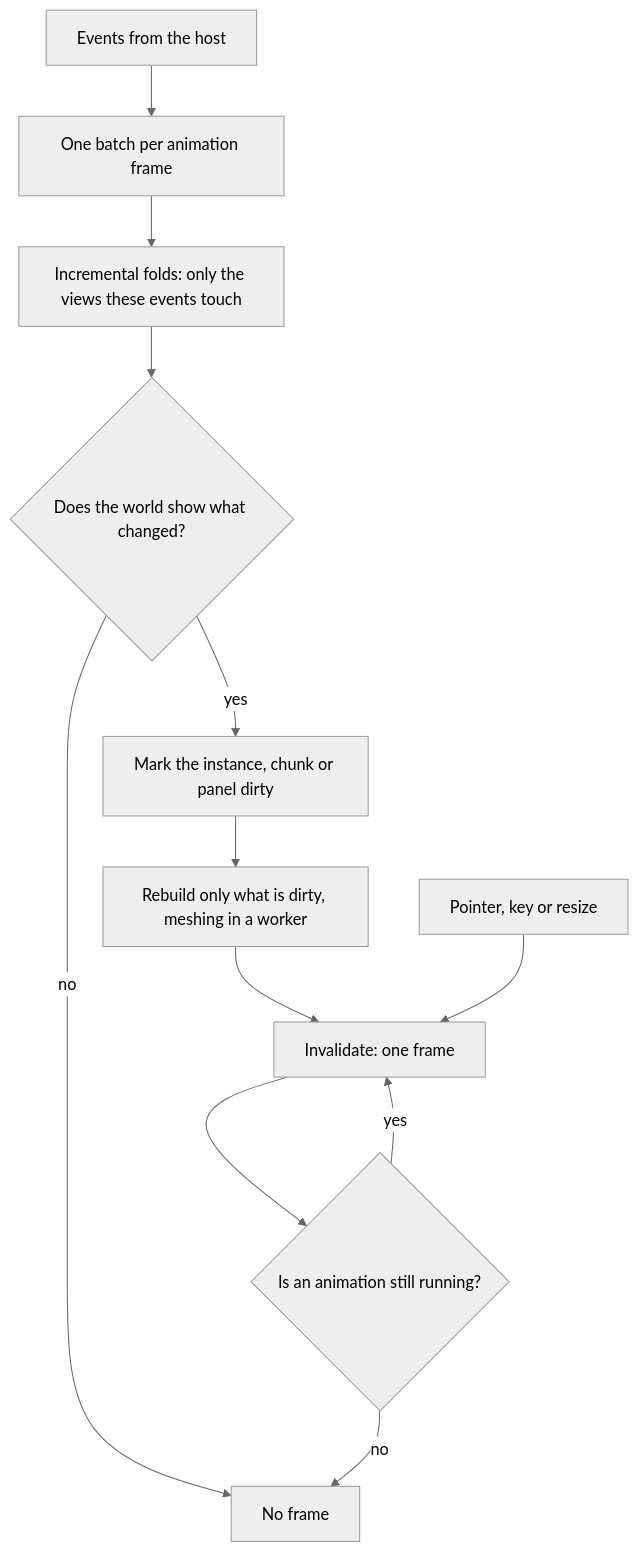
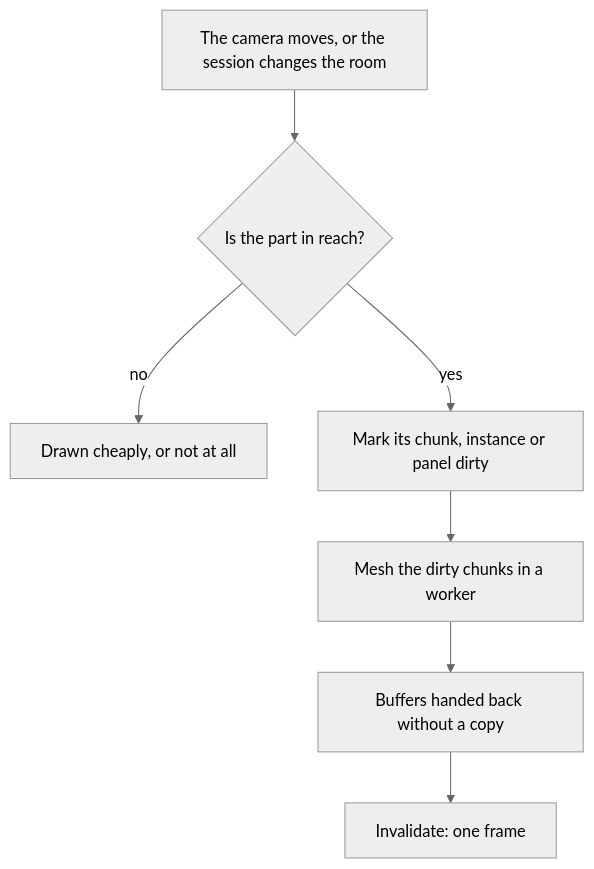
Before and after one commit to Esposter/Esposter: the diagram in apps/web/content/docs/proposals/infra/agent-console/runtime-budget.md, drawn with Mermaid (neutral theme). The commit also changed other lines of this file and 11 other files, not shown here.

Commit message:
docs(agent-console): the voxel world as built, its terminal parity, and the proposals it shipped

````diff
--- a/apps/web/content/docs/proposals/infra/agent-console/runtime-budget.md
+++ b/apps/web/content/docs/proposals/infra/agent-console/runtime-budget.md
@@ -31,14 +21,9 @@
 ```mermaid
 flowchart TD
-  E[Events from the host] --> B[One batch per animation frame]
-  B --> F[Incremental folds: only the views these events touch]
-  F --> D{Does the world show what changed?}
-  D -->|no| Z[No frame]
-  D -->|yes| M[Mark the instance, chunk or panel dirty]
-  M --> R[Rebuild only what is dirty, meshing in a worker]
-  R --> I[Invalidate: one frame]
-  P[Pointer, key or resize] --> I
-  I --> A{Is an animation still running?}
-  A -->|yes| I
-  A -->|no| Z
+  C[The camera moves, or the session changes the room] --> V{Is the part in reach?}
+  V -->|no| S[Drawn cheaply, or not at all]
+  V -->|yes| D[Mark its chunk, instance or panel dirty]
+  D --> K[Mesh the dirty chunks in a worker]
+  K --> T[Buffers handed back without a copy]
+  T --> I[Invalidate: one frame]
 ```
````
